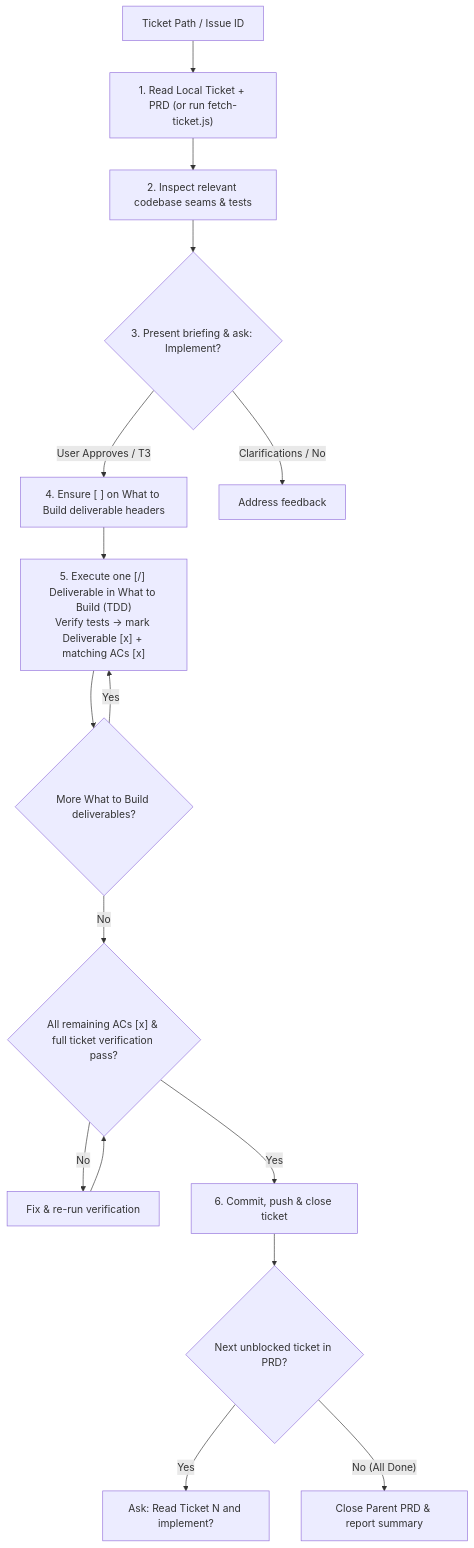
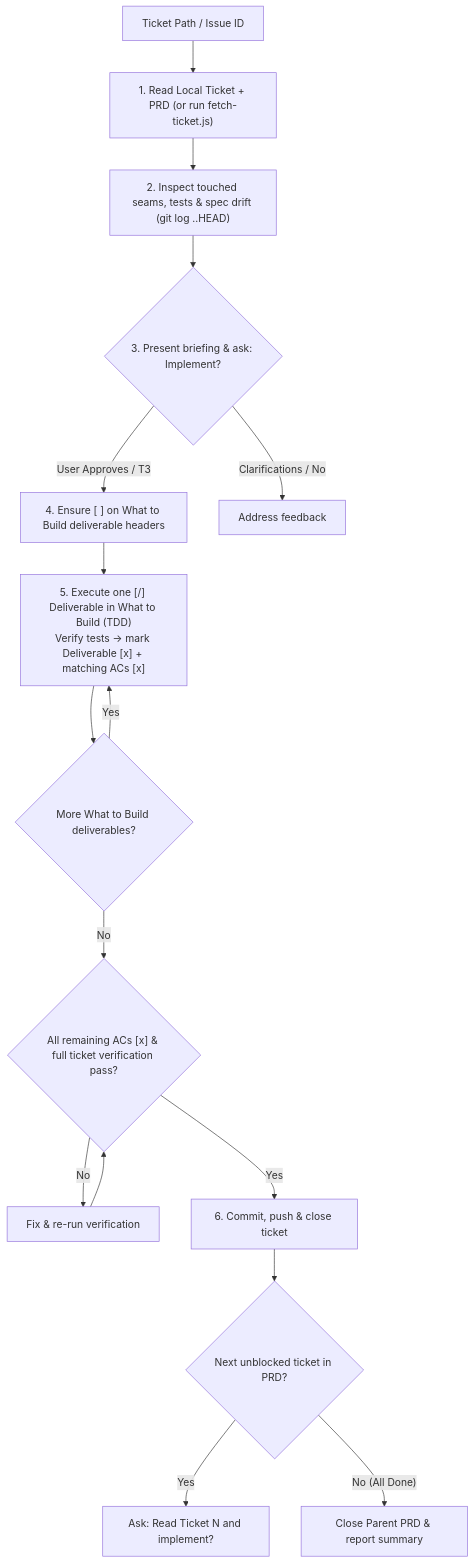
The diagram in engineering/implement-a-ticket/SKILL.md (loerei/myskills), drawn with Mermaid before and after one commit. The commit also changed other lines of this file and 10 other files, not shown here.

Commit message:
feat(skills): add parity migration mode, CSS/tag grounding, and spec-drift bridge

````diff
--- a/engineering/implement-a-ticket/SKILL.md
+++ b/engineering/implement-a-ticket/SKILL.md
@@ -22,17 +24,17 @@
 ```mermaid
 flowchart TD
     Start["Ticket Path / Issue ID"] --> Fetch["1. Read Local Ticket + PRD (or run fetch-ticket.js)"]
-    Fetch --> Inspect["2. Inspect relevant codebase seams & tests"]
+    Fetch --> Inspect["2. Inspect touched seams, tests & spec drift (git log <sha>..HEAD)"]
     Inspect --> Confirm{"3. Present briefing & ask: Implement?"}
     Confirm -->|"User Approves / T3"| Preflight["4. Ensure [ ] on What to Build deliverable headers"]
     Confirm -->|"Clarifications / No"| Stop["Address feedback"]
     Preflight --> Loop["5. Execute one [/] Deliverable in What to Build (TDD)<br/>Verify tests -> mark Deliverable [x] + matching ACs [x]"]
     Loop --> MoreDeliv{"More What to Build deliverables?"}
     MoreDeliv -->|"Yes"| Loop
     MoreDeliv -->|"No"| VerifyAll{"All remaining ACs [x] & full ticket verification pass?"}
     VerifyAll -->|"No"| Fix["Fix & re-run verification"] --> VerifyAll
     VerifyAll -->|"Yes"| CommitClose["6. Commit, push & close ticket"]
     CommitClose --> NextCheck{"Next unblocked ticket in PRD?"}
     NextCheck -->|"Yes"| AskNext["Ask: Read Ticket N and implement?"]
     NextCheck -->|"No (All Done)"| ClosePRD["Close Parent PRD & report summary"]
 ```
````
